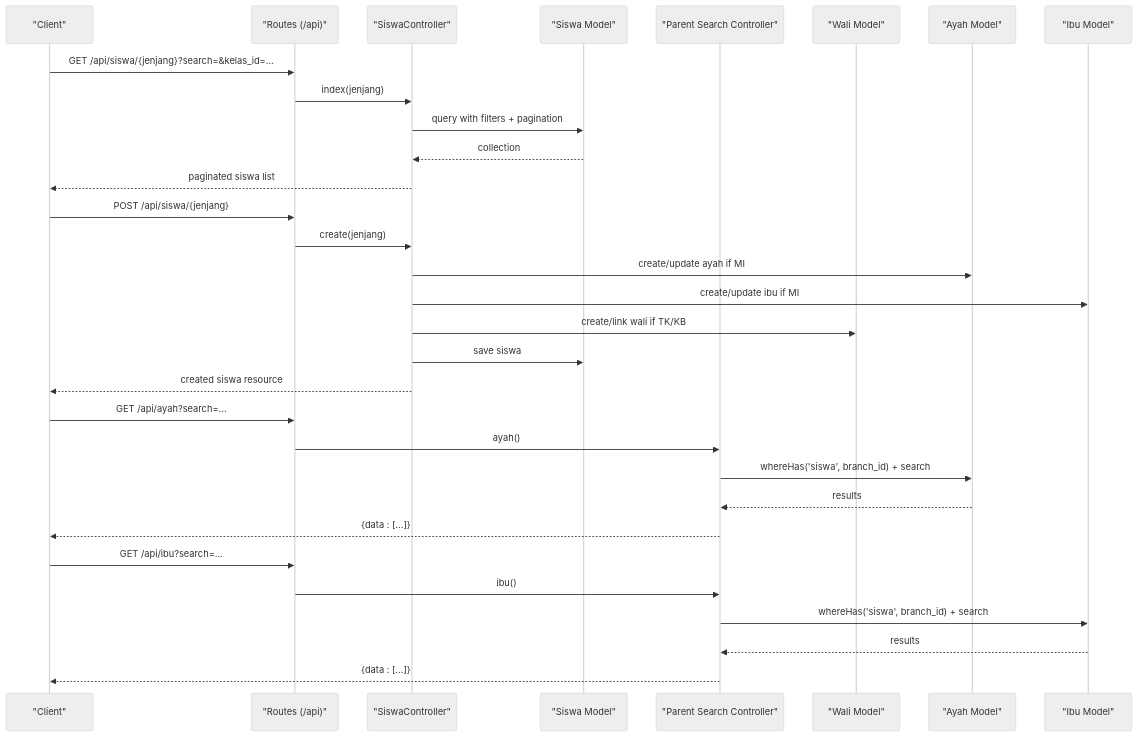
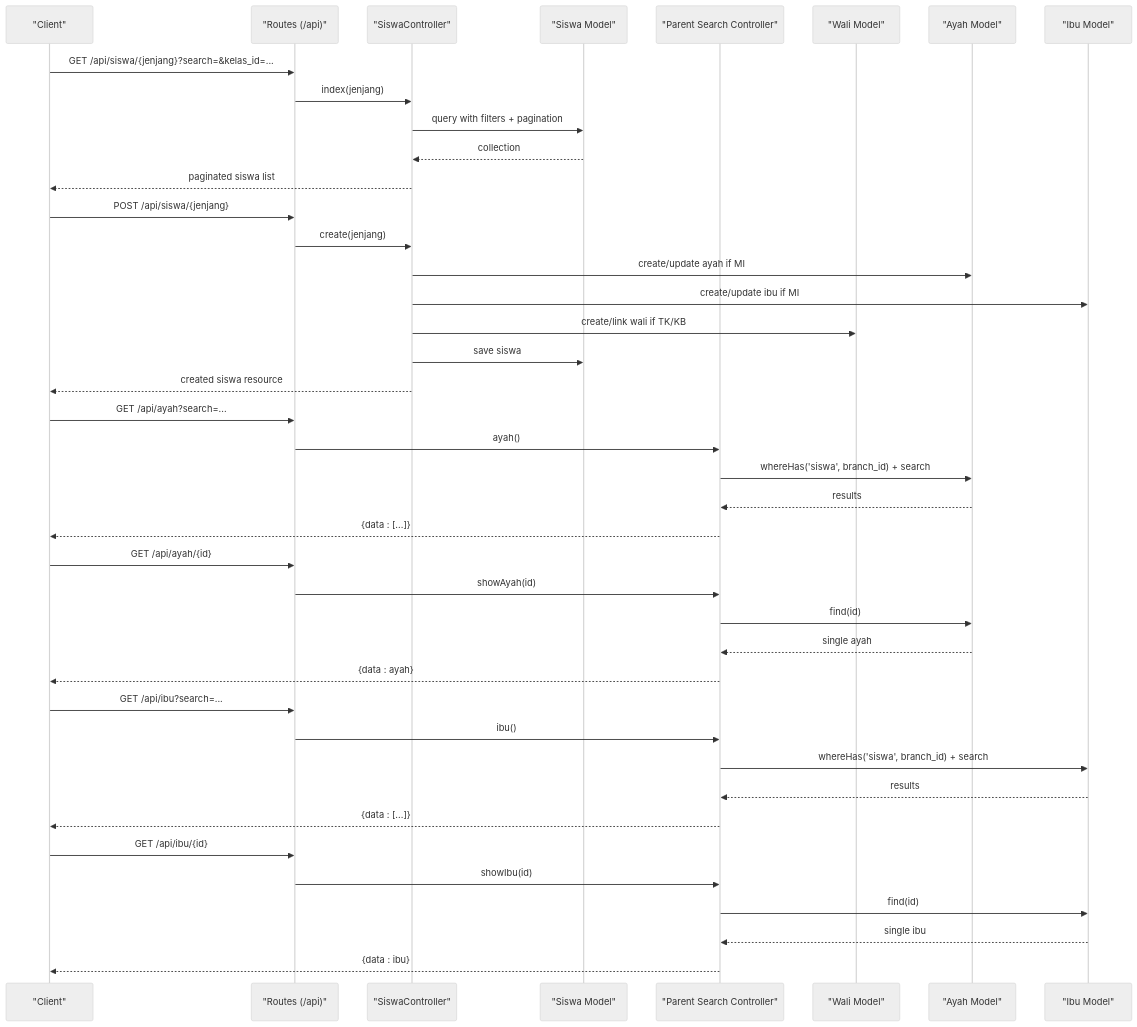
The second of 6 diagrams in .qoder/repowiki/en/content/API Documentation/Student & Family Data API.md (Fathurrahman-R/Manajemen-Keuangan-dan-SPP-Handayani), drawn with Mermaid (neutral theme) before and after one commit. The commit also changed other lines of this file and 32 other files, not shown here.

````diff
--- a/.qoder/repowiki/en/content/API Documentation/Student & Family Data API.md
+++ b/.qoder/repowiki/en/content/API Documentation/Student & Family Data API.md
@@ -105,33 +117,43 @@
 ```mermaid
 sequenceDiagram
 participant C as "Client"
 participant R as "Routes (/api)"
 participant S as "SiswaController"
 participant M as "Siswa Model"
 participant P as "Parent Search Controller"
 participant W as "Wali Model"
 participant A as "Ayah Model"
 participant B as "Ibu Model"
 C->>R : GET /api/siswa/{jenjang}?search=&kelas_id=...
 R->>S : index(jenjang)
 S->>M : query with filters + pagination
 M-->>S : collection
 S-->>C : paginated siswa list
 C->>R : POST /api/siswa/{jenjang}
 R->>S : create(jenjang)
 S->>A : create/update ayah if MI
 S->>B : create/update ibu if MI
 S->>W : create/link wali if TK/KB
 S->>M : save siswa
 S-->>C : created siswa resource
 C->>R : GET /api/ayah?search=...
 R->>P : ayah()
 P->>A : whereHas('siswa', branch_id) + search
 A-->>P : results
 P-->>C : {data : [...]}
+C->>R : GET /api/ayah/{id}
+R->>P : showAyah(id)
+P->>A : find(id)
+A-->>P : single ayah
+P-->>C : {data : ayah}
 C->>R : GET /api/ibu?search=...
 R->>P : ibu()
 P->>B : whereHas('siswa', branch_id) + search
 B-->>P : results
 P-->>C : {data : [...]}
+C->>R : GET /api/ibu/{id}
+R->>P : showIbu(id)
+P->>B : find(id)
+B-->>P : single ibu
+P-->>C : {data : ibu}
 ```
````
